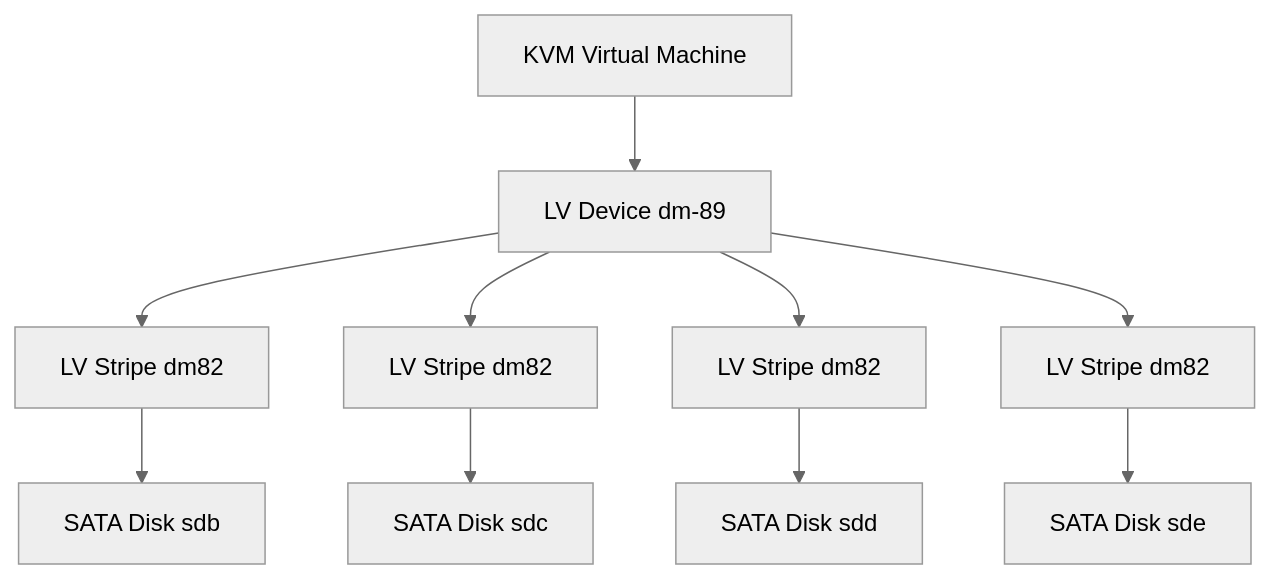
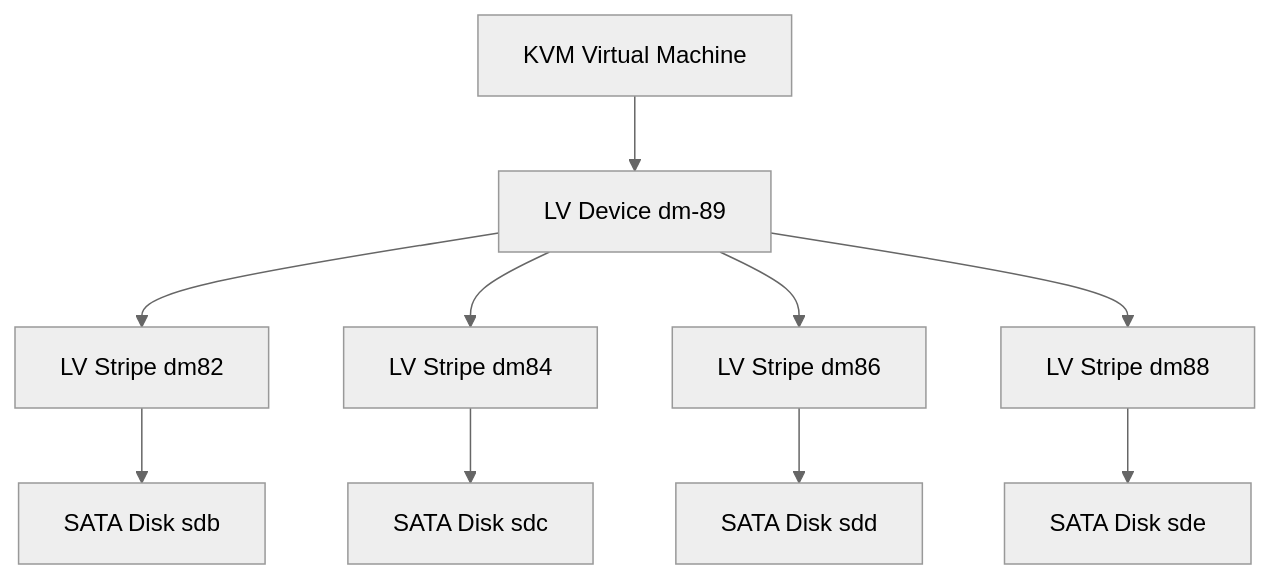
Before and after one commit to jmyoung/jmyoung.github.io: the first of 3 diagrams in _posts/2019-09-19-high-disk-io-usage-part-two.md, drawn with Mermaid (neutral theme).

Commit message:
Typo fixing

```diff
--- a/_posts/2019-09-19-high-disk-io-usage-part-two.md
+++ b/_posts/2019-09-19-high-disk-io-usage-part-two.md
@@ -19,12 +19,12 @@
 <div class="mermaid">
 graph TD;
   KVM[KVM Virtual Machine] --> LV[LV Device dm-89];
   LV --> dm82[LV Stripe dm82];
-  LV --> dm84[LV Stripe dm82];
-  LV --> dm86[LV Stripe dm82];
-  LV --> dm88[LV Stripe dm82];
+  LV --> dm84[LV Stripe dm84];
+  LV --> dm86[LV Stripe dm86];
+  LV --> dm88[LV Stripe dm88];
   dm82 --> sdb[SATA Disk sdb];
   dm84 --> sdc[SATA Disk sdc];
   dm86 --> sdd[SATA Disk sdd];
   dm88 --> sde[SATA Disk sde];
 </div>
```
